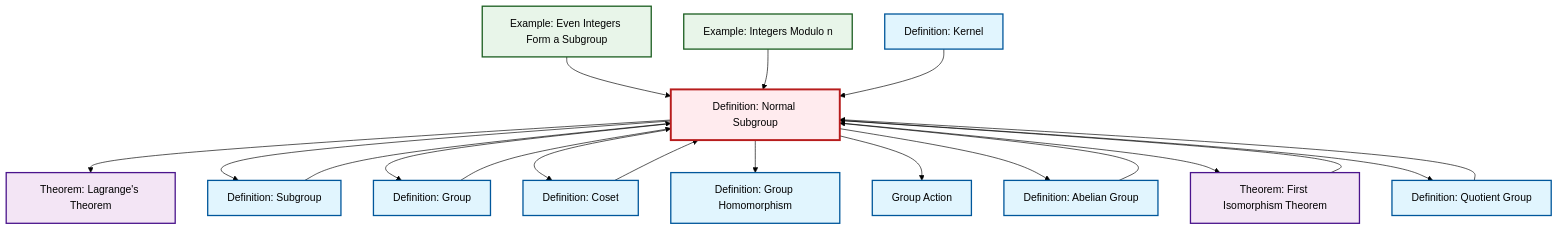
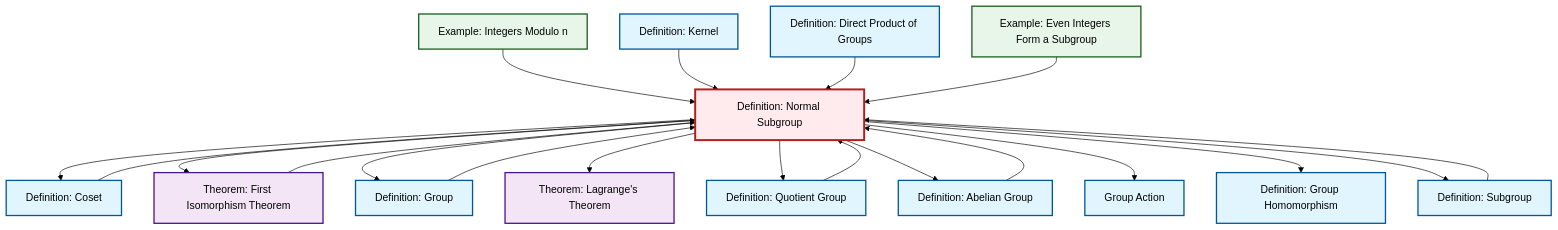
One commit to RK0429/ModernMath changed the diagram in content/ja/algebra/def-normal-subgroup.qmd. Above: the diagram before and after it, drawn with Mermaid (forest theme). The commit also changed 360 other files, not shown here.

````diff
--- a/content/ja/algebra/def-normal-subgroup.qmd
+++ b/content/ja/algebra/def-normal-subgroup.qmd
@@ -92,53 +92,56 @@
 ```{mermaid}
 %%| fig-cap: "Local dependency graph"
 graph TD
     classDef definition fill:#e1f5fe,stroke:#01579b,stroke-width:2px
     classDef theorem fill:#f3e5f5,stroke:#4a148c,stroke-width:2px
     classDef axiom fill:#fff3e0,stroke:#e65100,stroke-width:2px
     classDef example fill:#e8f5e9,stroke:#1b5e20,stroke-width:2px
     classDef current fill:#ffebee,stroke:#b71c1c,stroke-width:3px
-    ex-quotient-integers-mod-n["Example: Integers Modulo n"]:::example
+    def-normal-subgroup["Definition: Normal Subgroup"]:::definition
+    def-quotient-group["Definition: Quotient Group"]:::definition
+    ex-even-integers-subgroup["Example: Even Integers Form a Subgroup"]:::example
     def-abelian-group["Definition: Abelian Group"]:::definition
-    def-normal-subgroup["Definition: Normal Subgroup"]:::definition
+    thm-lagrange["Theorem: Lagrange's Theorem"]:::theorem
+    def-homomorphism["Definition: Group Homomorphism"]:::definition
+    def-coset["Definition: Coset"]:::definition
     thm-first-isomorphism["Theorem: First Isomorphism Theorem"]:::theorem
     def-kernel["Definition: Kernel"]:::definition
-    ex-even-integers-subgroup["Example: Even Integers Form a Subgroup"]:::example
+    ex-quotient-integers-mod-n["Example: Integers Modulo n"]:::example
+    def-group-action["Group Action"]:::definition
+    def-direct-product["Definition: Direct Product of Groups"]:::definition
+    def-group["Definition: Group"]:::definition
     def-subgroup["Definition: Subgroup"]:::definition
-    def-coset["Definition: Coset"]:::definition
-    def-group["Definition: Group"]:::definition
-    def-homomorphism["Definition: Group Homomorphism"]:::definition
-    thm-lagrange["Theorem: Lagrange's Theorem"]:::theorem
-    def-group-action["Group Action"]:::definition
-    def-quotient-group["Definition: Quotient Group"]:::definition
+    def-normal-subgroup --> def-coset
+    ex-quotient-integers-mod-n --> def-normal-subgroup
+    def-normal-subgroup --> thm-first-isomorphism
+    def-kernel --> def-normal-subgroup
+    def-coset --> def-normal-subgroup
+    def-normal-subgroup --> def-group
+    def-group --> def-normal-subgroup
     def-normal-subgroup --> thm-lagrange
+    def-quotient-group --> def-normal-subgroup
+    def-normal-subgroup --> def-quotient-group
+    def-normal-subgroup --> def-abelian-group
+    def-direct-product --> def-normal-subgroup
+    def-normal-subgroup --> def-group-action
+    ex-even-integers-subgroup --> def-normal-subgroup
+    def-normal-subgroup --> def-homomorphism
+    def-abelian-group --> def-normal-subgroup
+    thm-first-isomorphism --> def-normal-subgroup
+    def-subgroup --> def-normal-subgroup
     def-normal-subgroup --> def-subgroup
-    def-normal-subgroup --> def-group
-    def-quotient-group --> def-normal-subgroup
-    def-abelian-group --> def-normal-subgroup
-    ex-even-integers-subgroup --> def-normal-subgroup
-    def-normal-subgroup --> def-coset
-    def-normal-subgroup --> def-homomorphism
-    def-normal-subgroup --> def-group-action
-    def-normal-subgroup --> def-abelian-group
-    def-normal-subgroup --> thm-first-isomorphism
-    thm-first-isomorphism --> def-normal-subgroup
-    def-coset --> def-normal-subgroup
-    ex-quotient-integers-mod-n --> def-normal-subgroup
-    def-kernel --> def-normal-subgroup
-    def-group --> def-normal-subgroup
-    def-subgroup --> def-normal-subgroup
-    def-normal-subgroup --> def-quotient-group
     class def-normal-subgroup current
-    click ex-quotient-integers-mod-n "ex-quotient-integers-mod-n.html" "Example: Integers Modulo nへ"
+    click def-quotient-group "def-quotient-group.html" "Definition: Quotient Groupへ"
+    click ex-even-integers-subgroup "ex-even-integers-subgroup.html" "Example: Even Integers Form a Subgroupへ"
     click def-abelian-group "def-abelian-group.html" "Definition: Abelian Groupへ"
+    click thm-lagrange "thm-lagrange.html" "Theorem: Lagrange's Theoremへ"
+    click def-homomorphism "def-homomorphism.html" "Definition: Group Homomorphismへ"
+    click def-coset "def-coset.html" "Definition: Cosetへ"
     click thm-first-isomorphism "thm-first-isomorphism.html" "Theorem: First Isomorphism Theoremへ"
     click def-kernel "def-kernel.html" "Definition: Kernelへ"
-    click ex-even-integers-subgroup "ex-even-integers-subgroup.html" "Example: Even Integers Form a Subgroupへ"
+    click ex-quotient-integers-mod-n "ex-quotient-integers-mod-n.html" "Example: Integers Modulo nへ"
+    click def-group-action "def-group-action.html" "Group Actionへ"
+    click def-direct-product "def-direct-product.html" "Definition: Direct Product of Groupsへ"
+    click def-group "def-group.html" "Definition: Groupへ"
     click def-subgroup "def-subgroup.html" "Definition: Subgroupへ"
-    click def-coset "def-coset.html" "Definition: Cosetへ"
-    click def-group "def-group.html" "Definition: Groupへ"
-    click def-homomorphism "def-homomorphism.html" "Definition: Group Homomorphismへ"
-    click thm-lagrange "thm-lagrange.html" "Theorem: Lagrange's Theoremへ"
-    click def-group-action "def-group-action.html" "Group Actionへ"
-    click def-quotient-group "def-quotient-group.html" "Definition: Quotient Groupへ"
 ```
````
